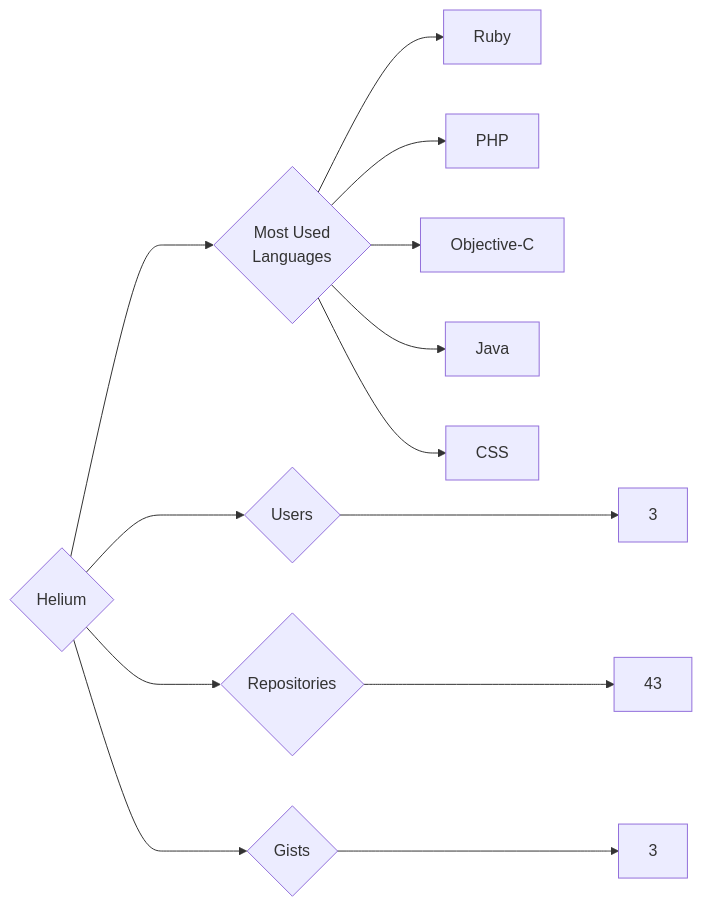
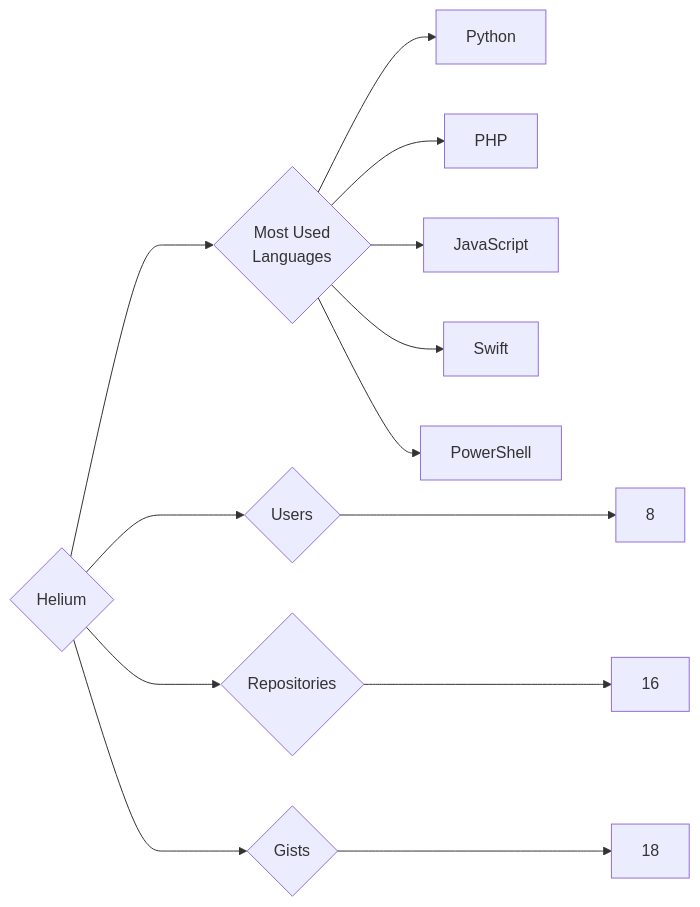
Before and after one commit to trickest/insiders: the diagram in targets/Helium/README.md, drawn with Mermaid. The commit also changed 1089 other files, not shown here.

````diff
--- a/targets/Helium/README.md
+++ b/targets/Helium/README.md
@@ -3,13 +3,13 @@
 ```mermaid
 graph LR
 COMPANY_NAME{Helium}
-COMPANY_NAME ---> U{Users} ---> UN[3]
-COMPANY_NAME ---> R{Repositories} ---> RN[43]
-COMPANY_NAME ---> G{Gists} ---> GN[3]
+COMPANY_NAME ---> U{Users} ---> UN[8]
+COMPANY_NAME ---> R{Repositories} ---> RN[16]
+COMPANY_NAME ---> G{Gists} ---> GN[18]
 COMPANY_NAME ---> ML{Most Used<br>Languages}
-ML --> Ruby[Ruby]
+ML --> Python[Python]
 ML --> PHP[PHP]
-ML --> Objective-C[Objective-C]
-ML --> Java[Java]
-ML --> CSS[CSS]
+ML --> JavaScript[JavaScript]
+ML --> Swift[Swift]
+ML --> PowerShell[PowerShell]
 ```
````
